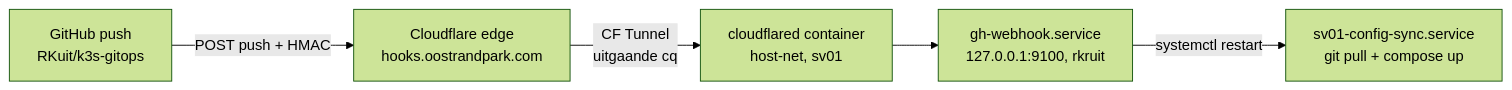
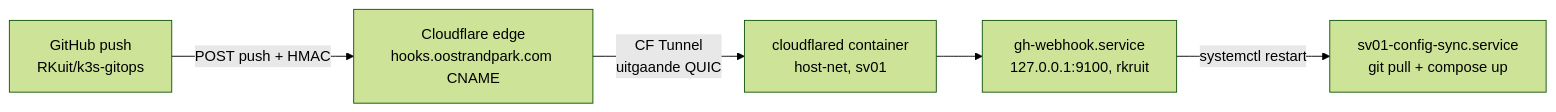
Before and after one commit to RKruit/k3s-gitops: the diagram in docs/infra/webhook-deploy.md, drawn with Mermaid (forest theme). The commit also changed other lines of this file and 2 other files, not shown here.

Commit message:
feat(webhook): cloudflared naar lokaal-ingress-model (config.yaml in git, creds-file in secrets, user:0) + DNS-correctie in docspage

````diff
--- a/docs/infra/webhook-deploy.md
+++ b/docs/infra/webhook-deploy.md
@@ -7,7 +7,7 @@
 ```mermaid
 flowchart LR
-    A[GitHub push<br/>RKuit/k3s-gitops] -- POST push + HMAC --> B[Cloudflare edge<br/>hooks.oostrandpark.com]
-    B -- CF Tunnel<br/>uitgaande cq --> C[cloudflared container<br/>host-net, sv01]
+    A[GitHub push<br/>RKuit/k3s-gitops] -- POST push + HMAC --> B[Cloudflare edge<br/>hooks.oostrandpark.com CNAME]
+    B -- CF Tunnel<br/>uitgaande QUIC --> C[cloudflared container<br/>host-net, sv01]
     C --> D[gh-webhook.service<br/>127.0.0.1:9100, rkruit]
     D -- systemctl restart --> E[sv01-config-sync.service<br/>git pull + compose up]
 ```
````
